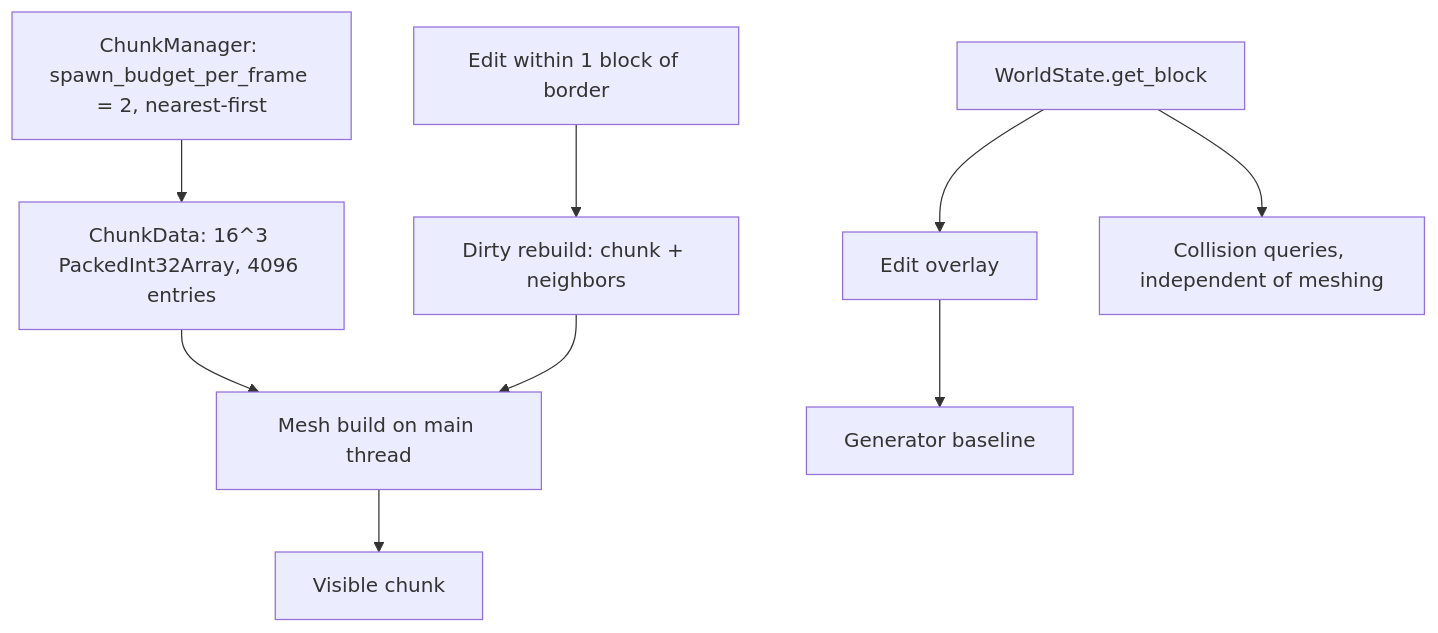
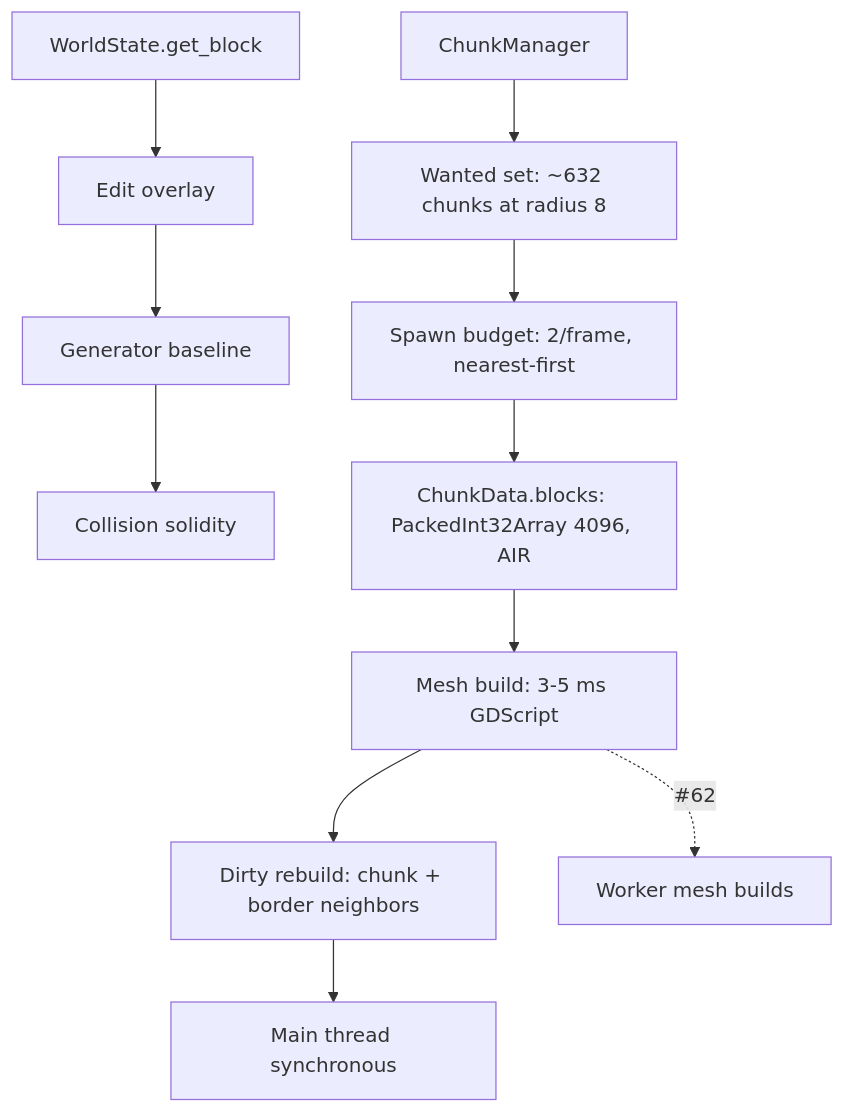
Before and after one commit to hybridindie/wiki-fabric: the diagram in wiki/topics/chunk-management-in-godot-project.md, drawn with Mermaid. The commit also changed other lines of this file and 43 other files, not shown here.

````diff
--- a/wiki/topics/chunk-management-in-godot-project.md
+++ b/wiki/topics/chunk-management-in-godot-project.md
@@ -22,11 +26,13 @@
 ```mermaid
 flowchart TD
-    A[ChunkManager: spawn_budget_per_frame = 2, nearest-first] --> B[ChunkData: 16^3 PackedInt32Array, 4096 entries]
-    B --> C[Mesh build on main thread]
-    C --> D[Visible chunk]
-    E[Edit within 1 block of border] --> F[Dirty rebuild: chunk + neighbors]
-    F --> C
-    G[WorldState.get_block] --> H[Edit overlay]
-    H --> I[Generator baseline]
-    G --> J[Collision queries, independent of meshing]
+  A[WorldState.get_block] --> B[Edit overlay]
+  B --> C[Generator baseline]
+  C --> D[Collision solidity]
+  E[ChunkManager] --> F[Wanted set: ~632 chunks at radius 8]
+  F --> G[Spawn budget: 2/frame, nearest-first]
+  G --> H[ChunkData.blocks: PackedInt32Array 4096, AIR]
+  H --> I[Mesh build: 3-5 ms GDScript]
+  I --> J[Dirty rebuild: chunk + border neighbors]
+  J --> K[Main thread synchronous]
+  I -. #62 .-> L[Worker mesh builds]
 ```
````
